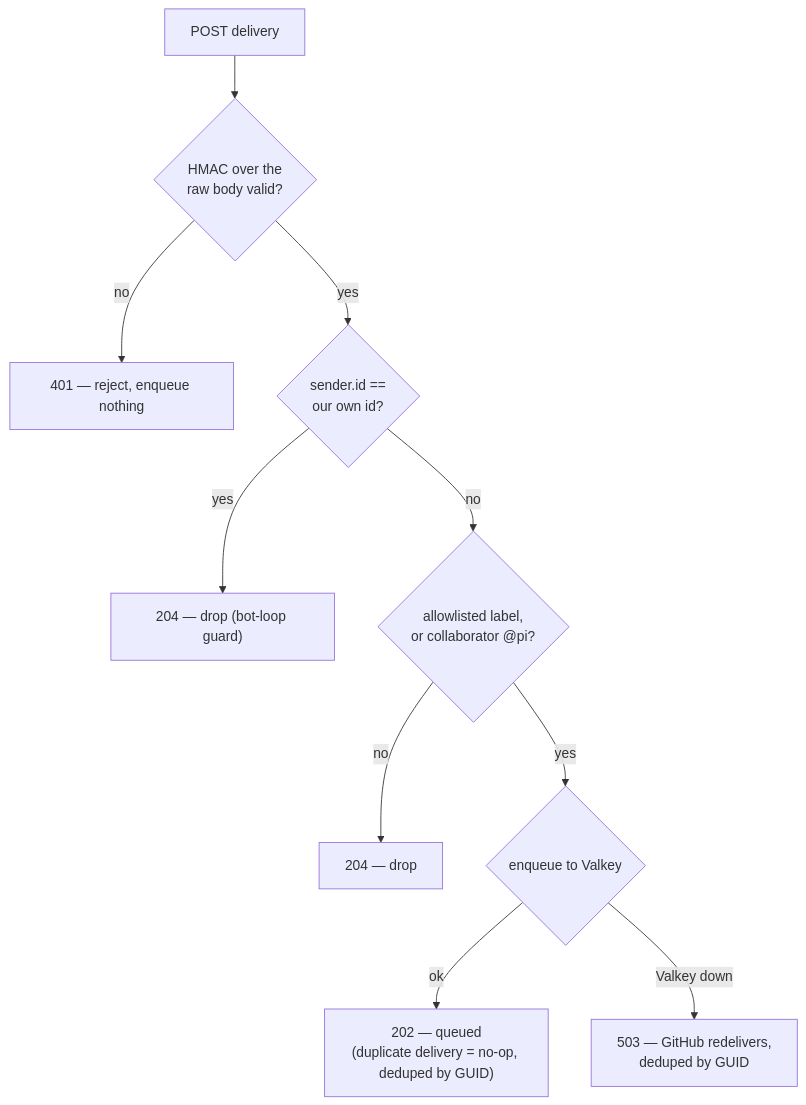
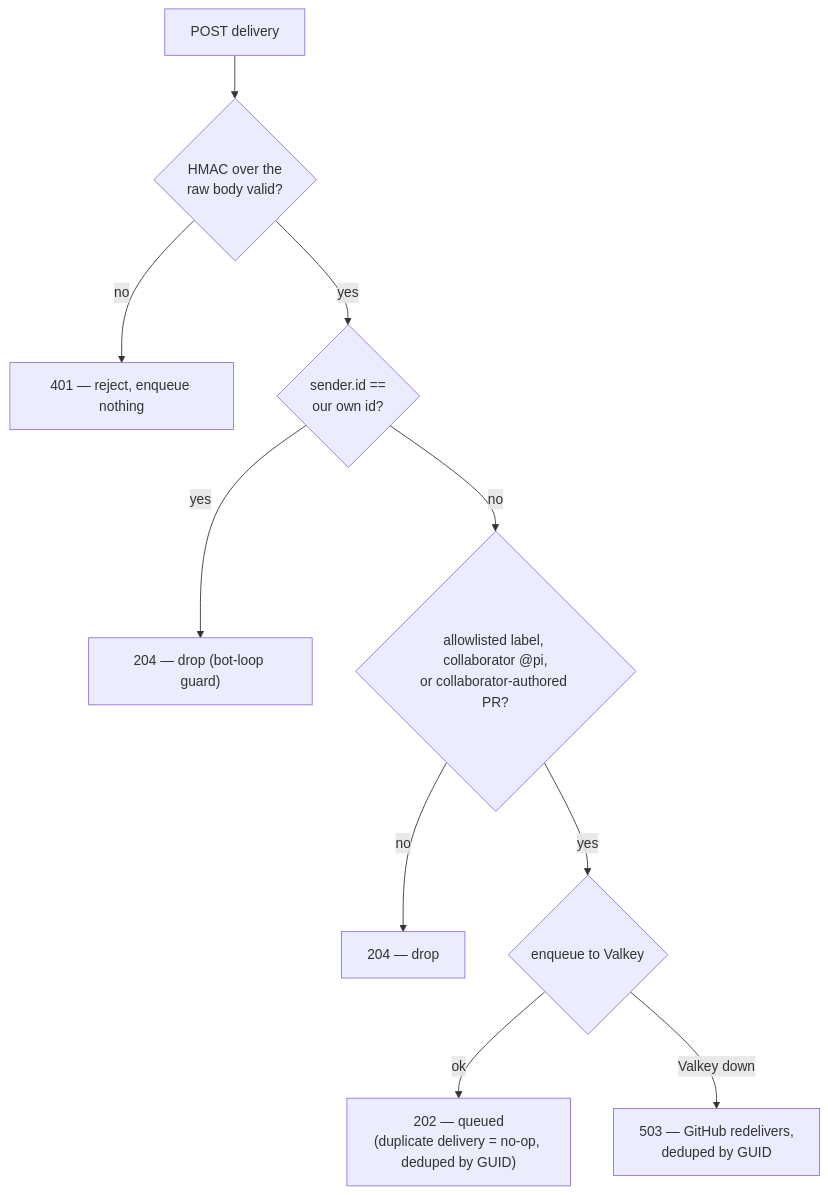
The third of 3 diagrams in README.md (birhantprkc/pi-dispatch), drawn with Mermaid before and after one commit. The commit also changed other lines of this file and 2 other files, not shown here.

````diff
--- a/README.md
+++ b/README.md
@@ -289,12 +300,12 @@
 ```mermaid
 flowchart TD
   D["POST delivery"] --> V{"HMAC over the<br/>raw body valid?"}
   V -->|no| E401["401 — reject, enqueue nothing"]
   V -->|yes| S{"sender.id ==<br/>our own id?"}
   S -->|"yes"| D204a["204 — drop (bot-loop guard)"]
-  S -->|no| A{"allowlisted label,<br/>or collaborator @pi?"}
+  S -->|no| A{"allowlisted label, collaborator @pi,<br/>or collaborator-authored PR?"}
   A -->|no| D204b["204 — drop"]
   A -->|yes| EN{"enqueue to Valkey"}
   EN -->|ok| A202["202 — queued<br/>(duplicate delivery = no-op, deduped by GUID)"]
   EN -->|"Valkey down"| E503["503 — GitHub redelivers,<br/>deduped by GUID"]
 ```
````
